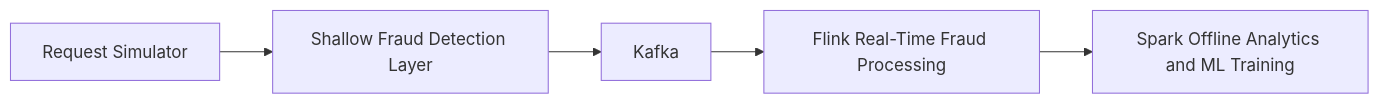
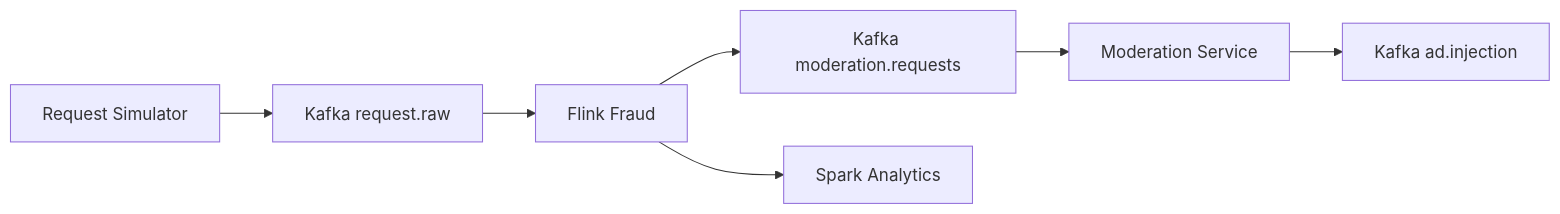
One commit to IamMistake/ai-ad-request-safety-pipeline changed the diagram in docs/current_architecture.md. Above: the diagram before and after it, drawn with Mermaid. The commit also changed other lines of this file and 45 other files, not shown here.

Commit message:
rework pipeline into sequential fraud moderation flow

````diff
--- a/docs/current_architecture.md
+++ b/docs/current_architecture.md
@@ -11,7 +11,9 @@
 ```mermaid
 flowchart LR
-    A[Request Simulator] --> B[Shallow Fraud Detection Layer]
-    B --> C[Kafka]
-    C --> D[Flink Real-Time Fraud Processing]
-    D --> E[Spark Offline Analytics and ML Training]
+    A[Request Simulator] --> B[Kafka request.raw]
+    B --> C[Flink Fraud]
+    C --> D[Kafka moderation.requests]
+    D --> E[Moderation Service]
+    E --> F[Kafka ad.injection]
+    C --> G[Spark Analytics]
 ```
````
